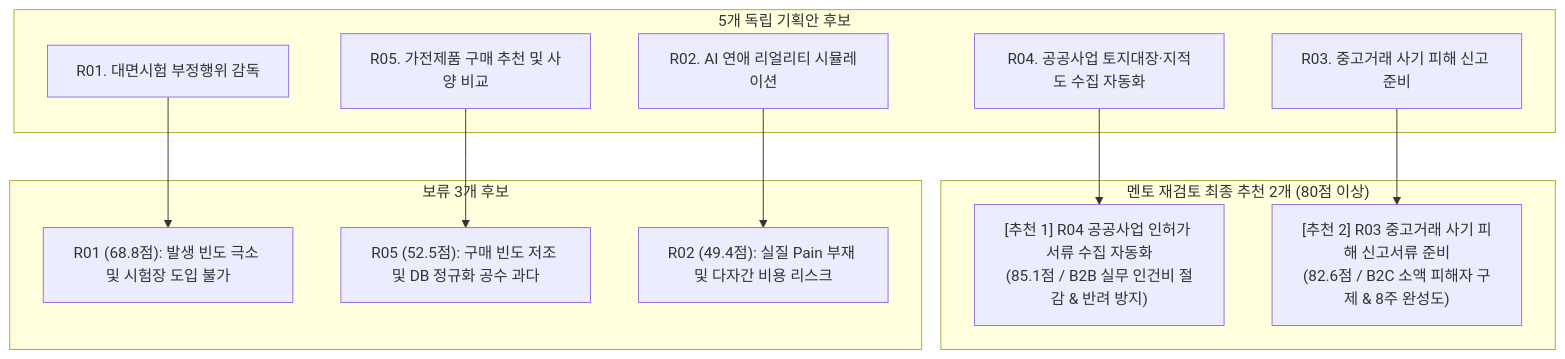
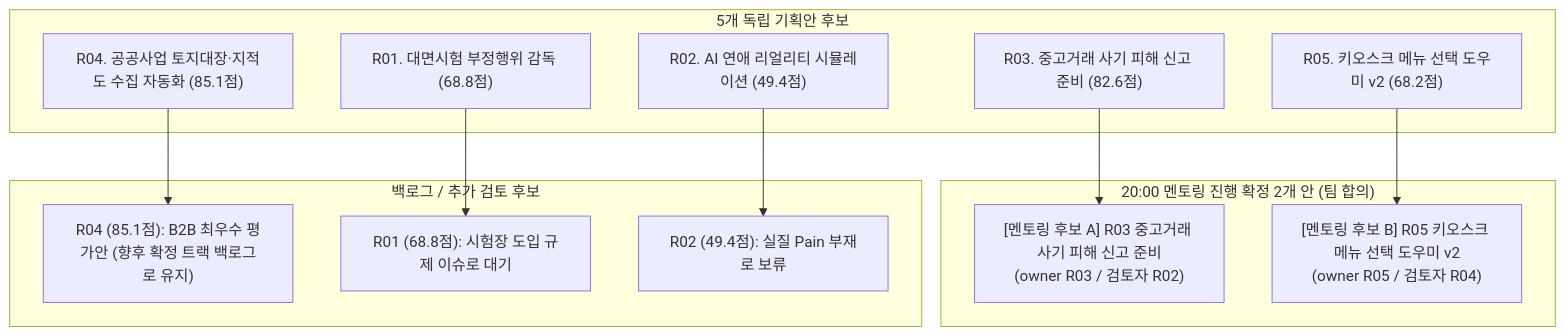
One commit to ik-e/chaja-you changed the diagram in docs/members/R04/workspace/2026-11-16_R04_후보_독립평가_보고서.md. Above: the diagram before and after it, drawn with Mermaid. The commit also changed other lines of this file and 4 other files, not shown here.

````diff
--- a/docs/members/R04/workspace/2026-11-16_R04_후보_독립평가_보고서.md
+++ b/docs/members/R04/workspace/2026-11-16_R04_후보_독립평가_보고서.md
@@ -140,27 +141,27 @@
 ```mermaid
 flowchart TD
     subgraph Proposals ["5개 독립 기획안 후보"]
-        P1["R01. 대면시험 부정행위 감독"]
-        P2["R02. AI 연애 리얼리티 시뮬레이션"]
-        P3["R03. 중고거래 사기 피해 신고 준비"]
-        P4["R04. 공공사업 토지대장·지적도 수집 자동화"]
-        P5["R05. 가전제품 구매 추천 및 사양 비교"]
+        P1["R01. 대면시험 부정행위 감독 (68.8점)"]
+        P2["R02. AI 연애 리얼리티 시뮬레이션 (49.4점)"]
+        P3["R03. 중고거래 사기 피해 신고 준비 (82.6점)"]
+        P4["R04. 공공사업 토지대장·지적도 수집 자동화 (85.1점)"]
+        P5["R05. 키오스크 메뉴 선택 도우미 v2 (68.2점)"]
     end
 
-    subgraph Selection ["멘토 재검토 최종 추천 2개 (80점 이상)"]
-        S1["[추천 1] R04 공공사업 인허가 서류 수집 자동화<br/>(85.1점 / B2B 실무 인건비 절감 & 반려 방지)"]
-        S2["[추천 2] R03 중고거래 사기 피해 신고서류 준비<br/>(82.6점 / B2C 소액 피해자 구제 & 8주 완성도)"]
+    subgraph Selection ["20:00 멘토링 진행 확정 2개 안 (팀 합의)"]
+        S1["[멘토링 후보 A] R03 중고거래 사기 피해 신고 준비<br/>(owner R03 / 검토자 R02)"]
+        S2["[멘토링 후보 B] R05 키오스크 메뉴 선택 도우미 v2<br/>(owner R05 / 검토자 R04)"]
     end
 
-    subgraph Backlog ["보류 3개 후보"]
-        B1["R01 (68.8점): 발생 빈도 극소 및 시험장 도입 불가"]
-        B2["R05 (52.5점): 구매 빈도 저조 및 DB 정규화 공수 과다"]
-        B3["R02 (49.4점): 실질 Pain 부재 및 다자간 비용 리스크"]
+    subgraph Standby ["백로그 / 추가 검토 후보"]
+        B1["R04 (85.1점): B2B 최우수 평가안 (향후 확정 트랙 백로그로 유지)"]
+        B2["R01 (68.8점): 시험장 도입 규제 이슈로 대기"]
+        B3["R02 (49.4점): 실질 Pain 부재로 보류"]
     end
 
-    P4 --> S1
-    P3 --> S2
-    P1 --> B1
-    P5 --> B2
+    P3 --> S1
+    P5 --> S2
+    P4 --> B1
+    P1 --> B2
     P2 --> B3
 ```
````
